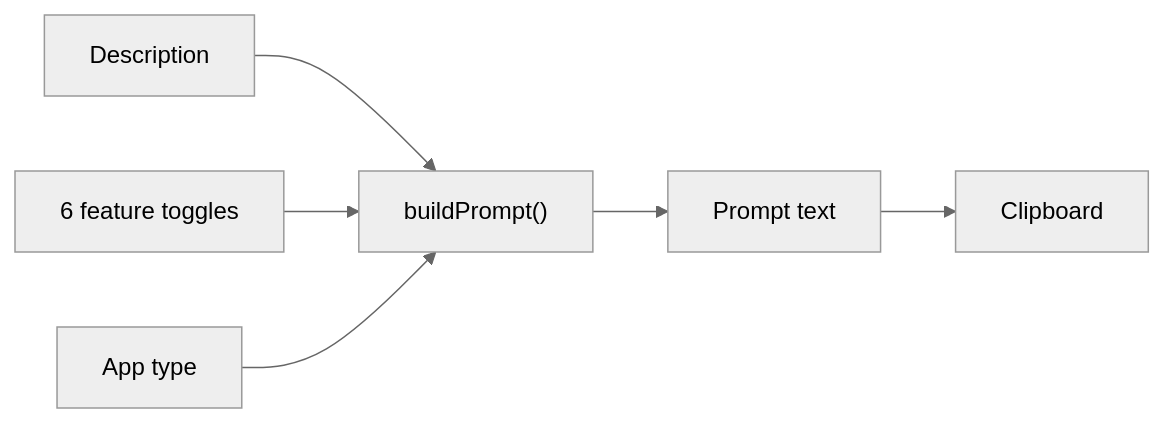
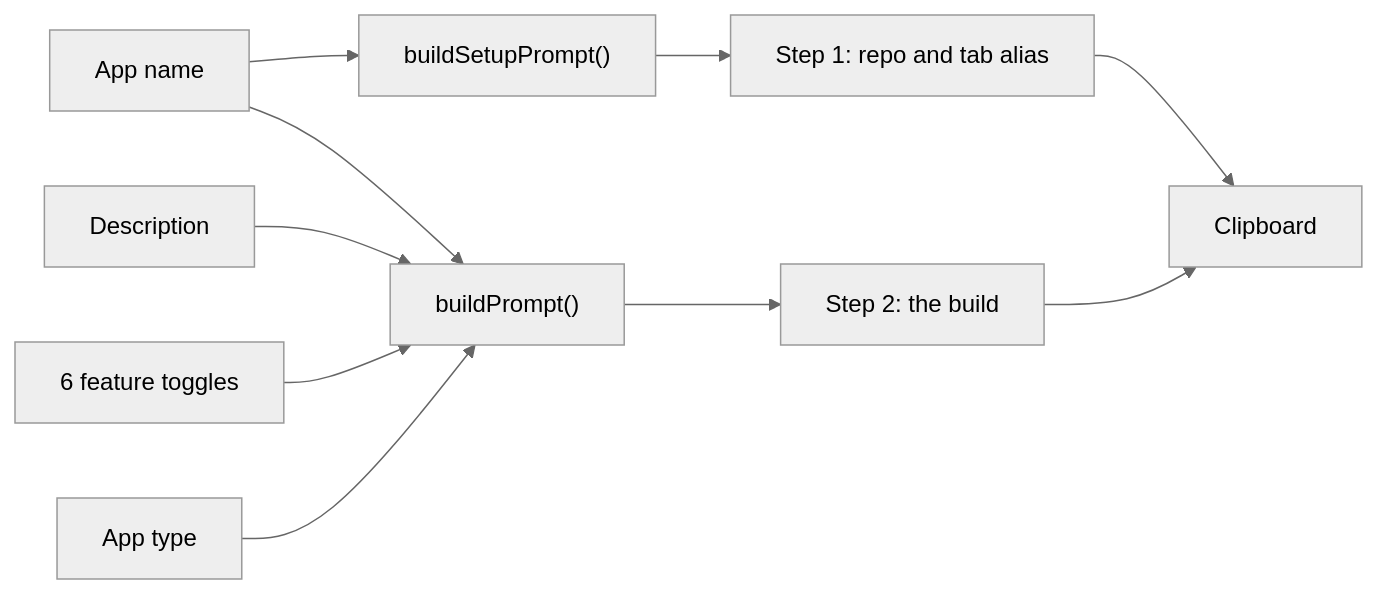
One commit to bunlongheng/launchkit changed the diagram in README.md. Above: the diagram before and after it, drawn with Mermaid (neutral theme). The commit also changed other lines of this file and 10 other files, not shown here.

````diff
--- a/README.md
+++ b/README.md
@@ -72,8 +75,12 @@
 ```mermaid
 flowchart LR
-    D[Description] --> B
-    T[6 feature toggles] --> B
-    S[App type] --> B
-    B["buildPrompt()"] --> P[Prompt text]
-    P --> C[Clipboard]
+    N[App name] --> S1["buildSetupPrompt()"]
+    N --> S2
+    D[Description] --> S2
+    T[6 feature toggles] --> S2
+    A[App type] --> S2["buildPrompt()"]
+    S1 --> P1[Step 1: repo and tab alias]
+    S2 --> P2[Step 2: the build]
+    P1 --> C[Clipboard]
+    P2 --> C
 ```
````
